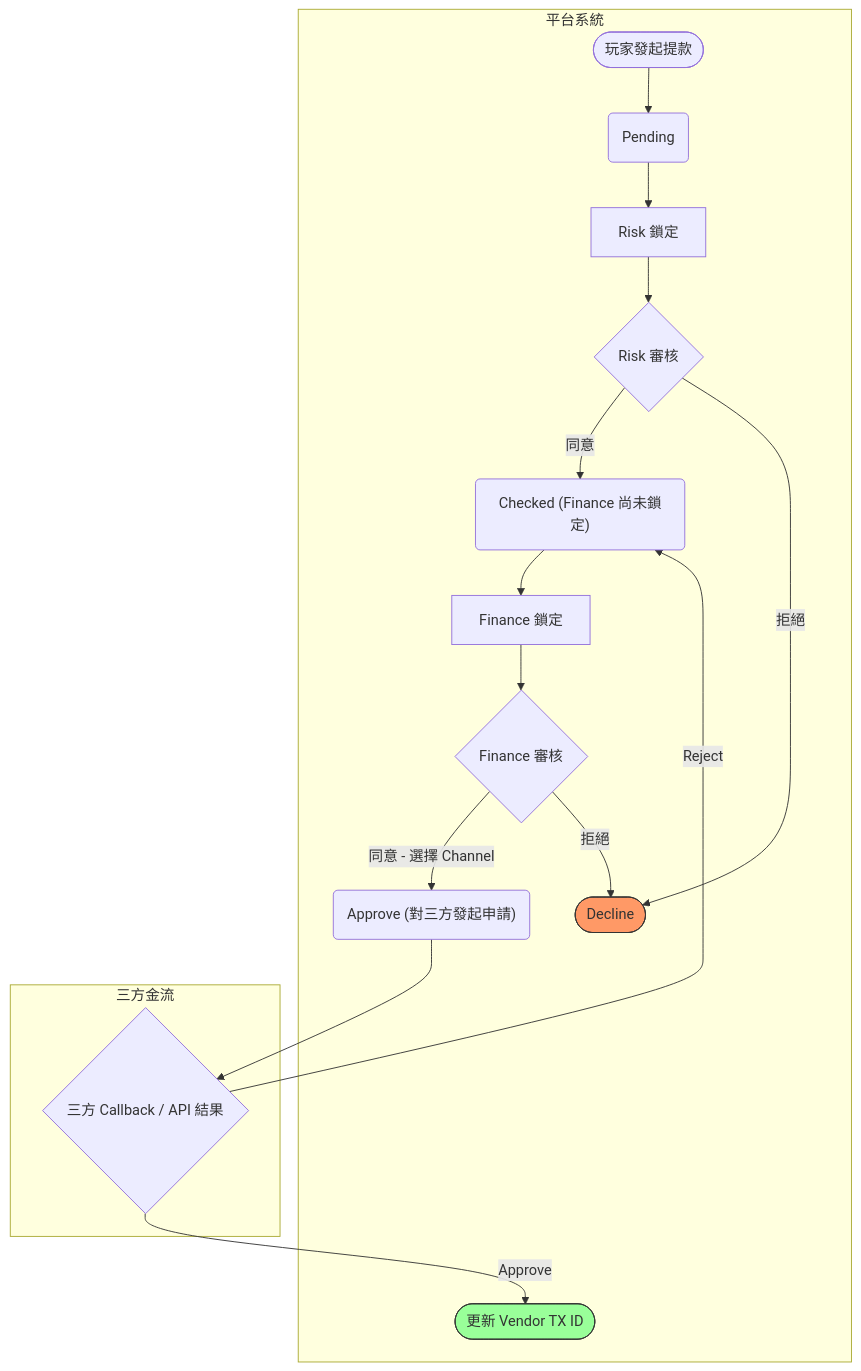
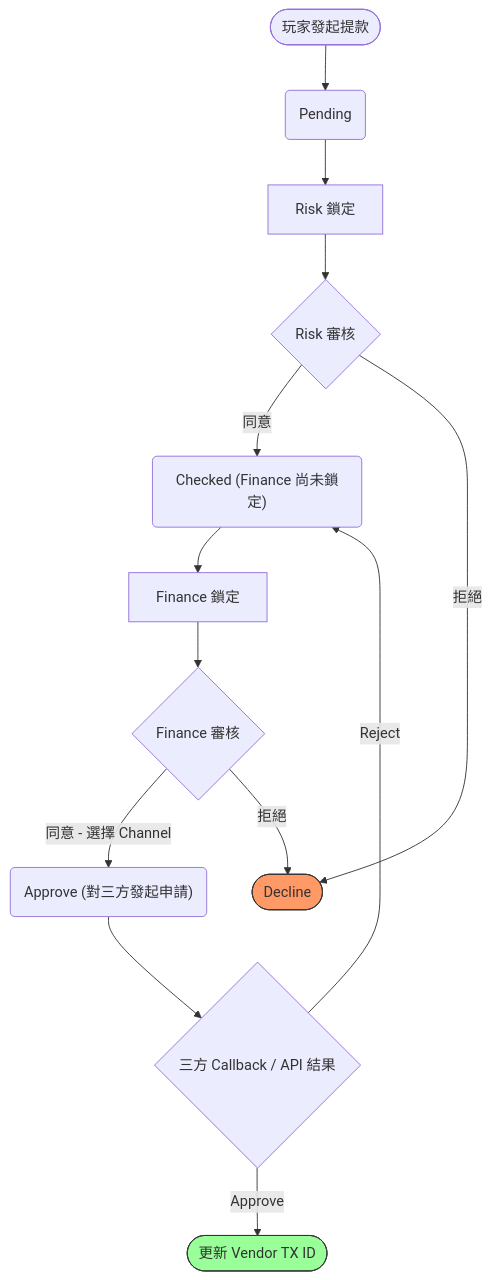
Before and after one commit to almightyken0425/SuSuGiGiSpec: the first of 2 diagrams in no99_archive/sitflowchart.md, drawn with Mermaid. The commit also changed other lines of this file, not shown here.

````diff
--- a/no99_archive/sitflowchart.md
+++ b/no99_archive/sitflowchart.md
@@ -29,42 +29,36 @@
 ```mermaid
 graph TD
     %% 節點定義
     Start(["玩家發起提款"])
     Pending("Pending")
     RiskLock["Risk 鎖定"]
     RiskAction{"Risk 審核"}
     Checked("Checked (Finance 尚未鎖定)")
     FinanceLock["Finance 鎖定"]
     FinanceAction{"Finance 審核"}
     ApproveReq("Approve (對三方發起申請)")
     Decline(["Decline"])
     Success(["更新 Vendor TX ID"])
     Callback{"三方 Callback / API 結果"}
 
-    subgraph PlatformSystem ["平台系統"]
-        Start --> Pending
-        Pending --> RiskLock
-        RiskLock --> RiskAction
-        
-        RiskAction -->|"同意"| Checked
-        Checked --> FinanceLock
-        FinanceLock --> FinanceAction
-        
-        FinanceAction -->|"同意 - 選擇 Channel"| ApproveReq
+    Start --> Pending
+    Pending --> RiskLock
+    RiskLock --> RiskAction
+    
+    RiskAction -->|"同意"| Checked
+    Checked --> FinanceLock
+    FinanceLock --> FinanceAction
+    
+    FinanceAction -->|"同意 - 選擇 Channel"| ApproveReq
 
-        RiskAction -->|"拒絕"| Decline
-        FinanceAction -->|"拒絕"| Decline
-        
-        Success
-    end
-
-    subgraph ThirdParty ["三方金流"]
-        ApproveReq --> Callback
-    end
+    RiskAction -->|"拒絕"| Decline
+    FinanceAction -->|"拒絕"| Decline
+    
+    ApproveReq --> Callback
 
     Callback -->|"Approve"| Success
     Callback -->|"Reject"| Checked
 
     style Decline fill:#f96,stroke:#333
     style Success fill:#9f9,stroke:#333
 ```
````
